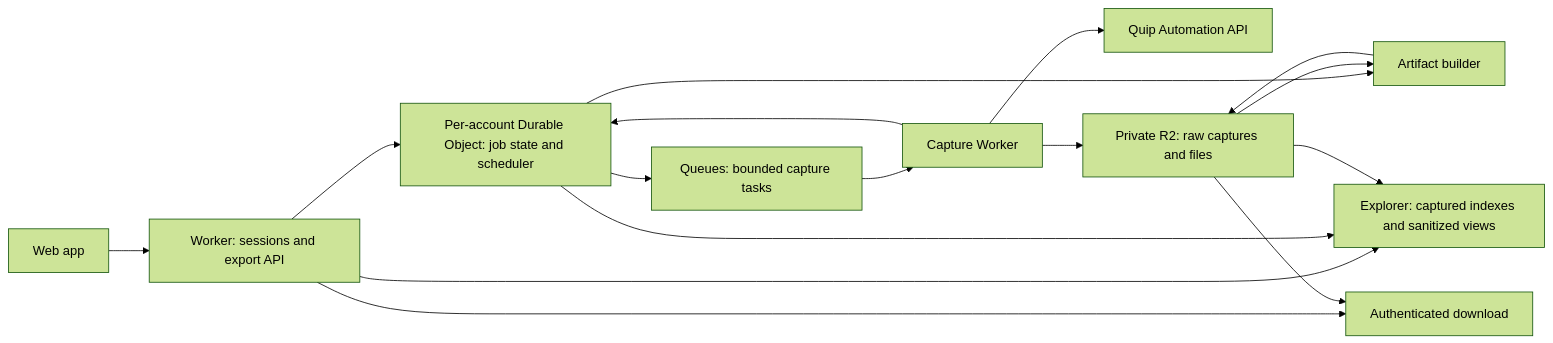
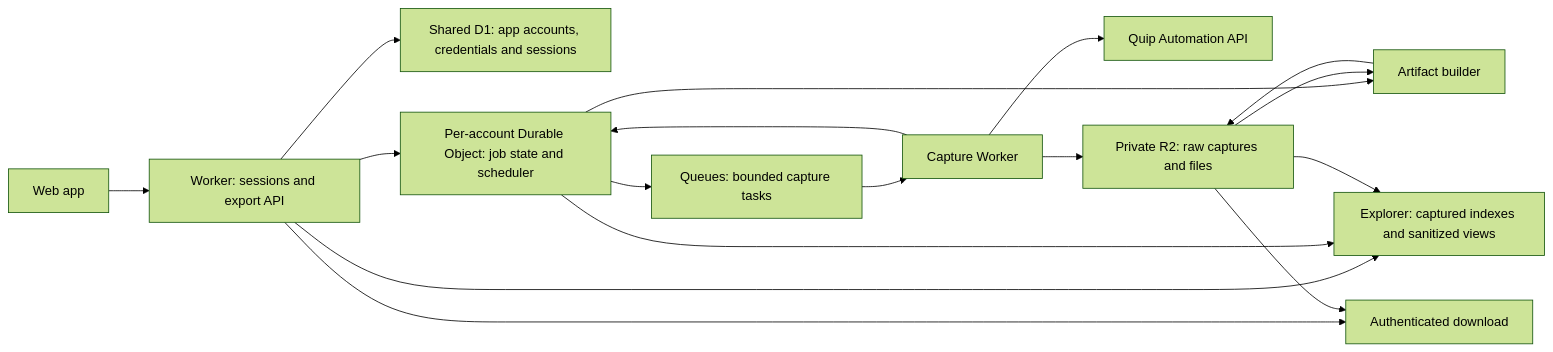
The diagram in docs/phase-1-design.md (mihaip/quipisdead), drawn with Mermaid (forest theme) before and after one commit. The commit also changed other lines of this file and 26 other files, not shown here.

````diff
--- a/docs/phase-1-design.md
+++ b/docs/phase-1-design.md
@@ -168,18 +192,19 @@
 ```mermaid
 flowchart LR
   Browser[Web app] --> API[Worker: sessions and export API]
+  API --> D1[Shared D1: app accounts, credentials and sessions]
   API --> Coordinator[Per-account Durable Object: job state and scheduler]
   Coordinator --> Queue[Queues: bounded capture tasks]
   Queue --> Capture[Capture Worker]
   Capture --> Quip[Quip Automation API]
   Capture --> R2[Private R2: raw captures and files]
   Capture --> Coordinator
   Coordinator --> Packager[Artifact builder]
   R2 --> Packager
   Packager --> R2
   API --> Explorer[Explorer: captured indexes and sanitized views]
   Coordinator --> Explorer
   R2 --> Explorer
   API --> Download[Authenticated download]
   R2 --> Download
 ```
````
